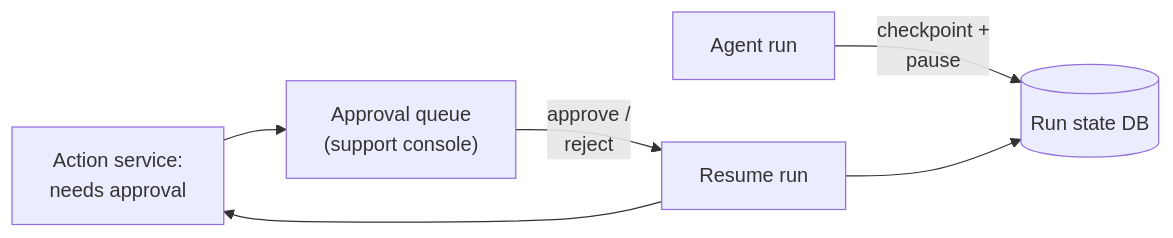
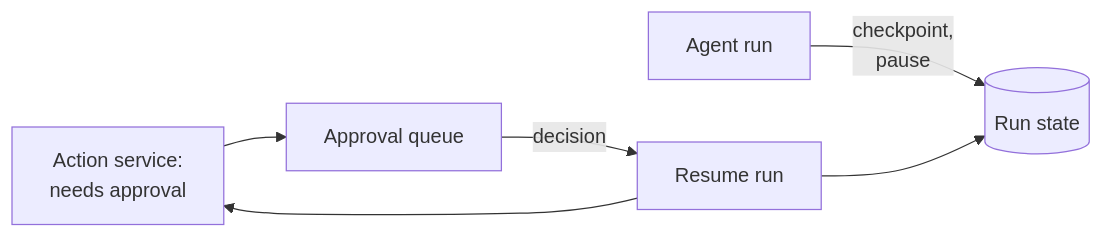
The third of 3 diagrams in src/Data/aiStackDocs/DP-02.md (shubamchaudhary/CodeNITW), drawn with Mermaid before and after one commit. The commit also changed other lines of this file and 15 other files, not shown here.

````diff
--- a/src/Data/aiStackDocs/DP-02.md
+++ b/src/Data/aiStackDocs/DP-02.md
@@ -104,8 +92,8 @@
 ```mermaid
 flowchart LR
-    AS["Action service:<br/>needs approval"] --> AQ["Approval queue<br/>(support console)"]
-    AG["Agent run"] -->|"checkpoint +<br/>pause"| ST[("Run state DB")]
-    AQ -->|"approve /<br/>reject"| RS["Resume run"]
+    AS["Action service:<br/>needs approval"] --> AQ["Approval queue"]
+    AG["Agent run"] -->|"checkpoint,<br/>pause"| ST[("Run state")]
+    AQ -->|"decision"| RS["Resume run"]
     RS --> ST
     RS --> AS
 ```
````
